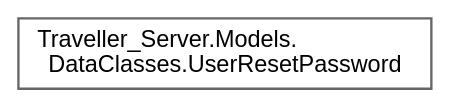
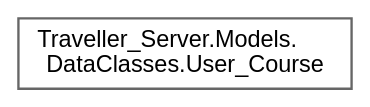
The diagram in Servidor/inherit_graph_39.dot (VenelinArgirov/manual-tecnico.github.io), drawn with Graphviz before and after one commit. The commit also changed 998 other files, not shown here.

```diff
--- a/Servidor/inherit_graph_39.dot
+++ b/Servidor/inherit_graph_39.dot
@@ -1,9 +1,9 @@
 digraph "Graphical Class Hierarchy"
 {
  // LATEX_PDF_SIZE
   bgcolor="transparent";
   edge [fontname=Helvetica,fontsize=10,labelfontname=Helvetica,labelfontsize=10];
   node [fontname=Helvetica,fontsize=10,shape=box,height=0.2,width=0.4];
   rankdir="LR";
-  Node0 [label="Traveller_Server.Models.\lDataClasses.UserResetPassword",height=0.2,width=0.4,color="grey40", fillcolor="white", style="filled",URL="$class_traveller___server_1_1_models_1_1_data_classes_1_1_user_reset_password.html",tooltip="Data class that represents a request to reset a user's password."];
+  Node0 [label="Traveller_Server.Models.\lDataClasses.User_Course",height=0.2,width=0.4,color="grey40", fillcolor="white", style="filled",URL="$class_traveller___server_1_1_models_1_1_data_classes_1_1_user___course.html",tooltip="Alert data class. Represents a many-to-many relationship between the User and Course classes."];
 }
```
